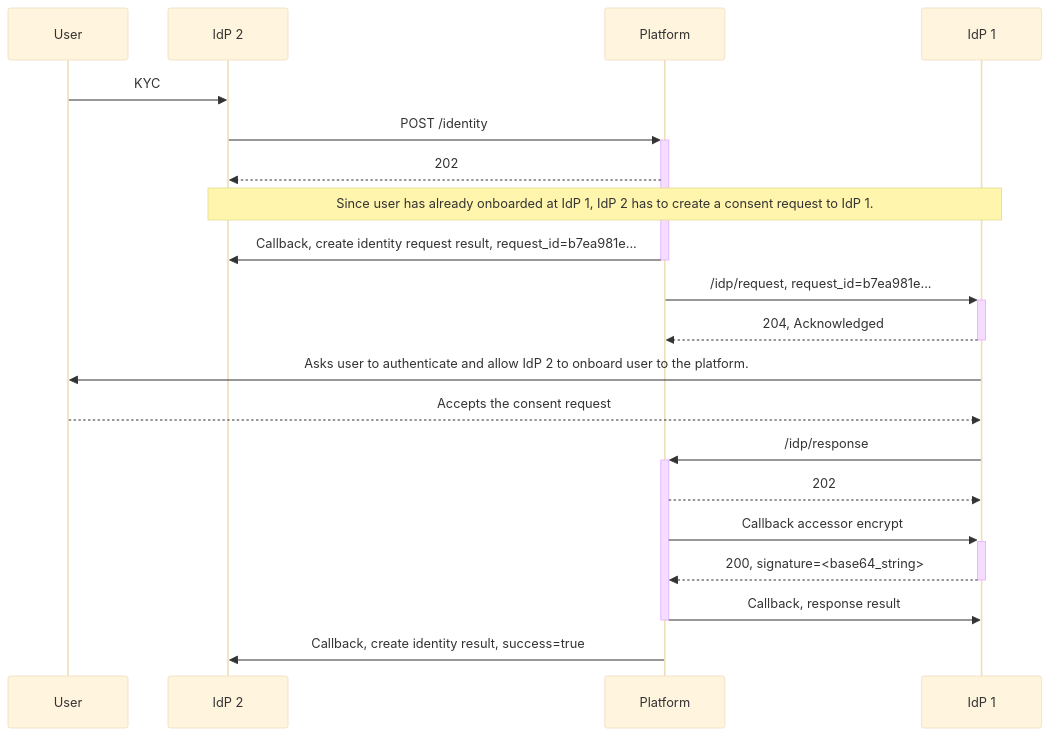
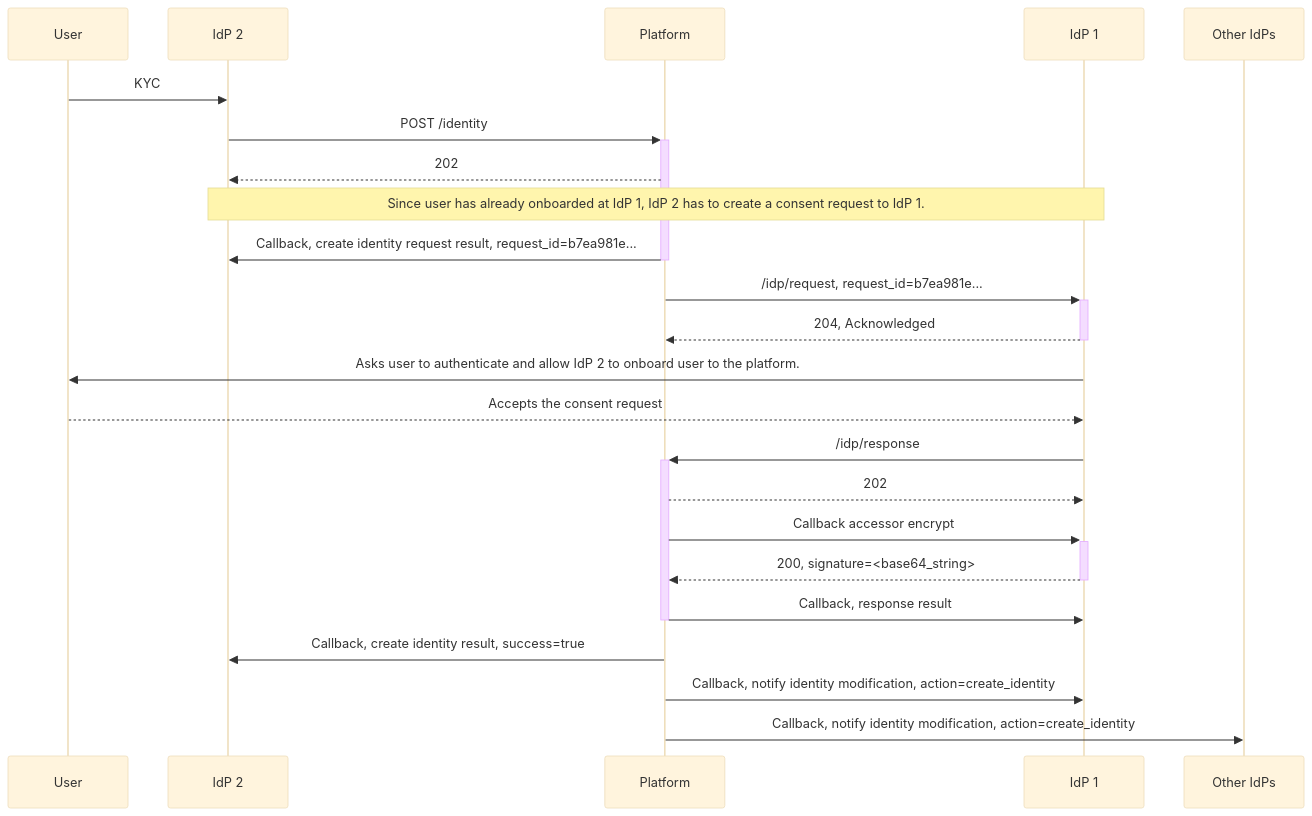
One commit to ndidplatform/ndidplatform.github.io changed the third of 3 diagrams in flows/create-identity.md. Above: the diagram before and after it, drawn with Mermaid (base theme). The commit also changed other lines of this file and 1 other file, not shown here.

Commit message:
Revise identity flow sequence diagrams

````diff
--- a/flows/create-identity.md
+++ b/flows/create-identity.md
@@ -45,22 +45,25 @@
 ```mermaid
 sequenceDiagram
     participant User
     participant IdP 2
     participant Platform
     participant IdP 1
+    participant Other IdPs
     User->>IdP 2: KYC
     IdP 2->>+Platform: POST /identity
     Platform-->>IdP 2: 202
     Note over IdP 2,IdP 1: Since user has already onboarded at IdP 1, IdP 2 has to create a consent request to IdP 1.
     Platform->>-IdP 2: Callback, create identity request result, request_id=b7ea981e...
     Platform->>+IdP 1: /idp/request, request_id=b7ea981e...
     IdP 1-->>-Platform: 204, Acknowledged
     IdP 1->>User: Asks user to authenticate and allow IdP 2 to onboard user to the platform.
     User-->>IdP 1: Accepts the consent request
     IdP 1->>+Platform: /idp/response
     Platform-->>IdP 1: 202
     Platform->>+IdP 1: Callback accessor encrypt
     IdP 1-->>-Platform: 200, signature=<base64_string>
     Platform->>-IdP 1: Callback, response result
     Platform->>IdP 2: Callback, create identity result, success=true
+    Platform->>IdP 1: Callback, notify identity modification, action=create_identity
+    Platform->>Other IdPs: Callback, notify identity modification, action=create_identity
 ```
````
